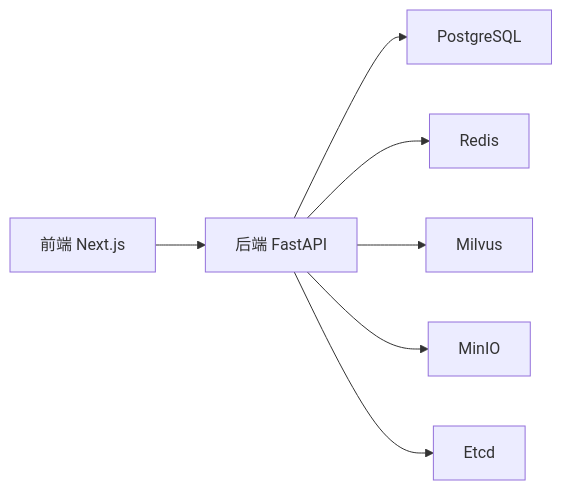
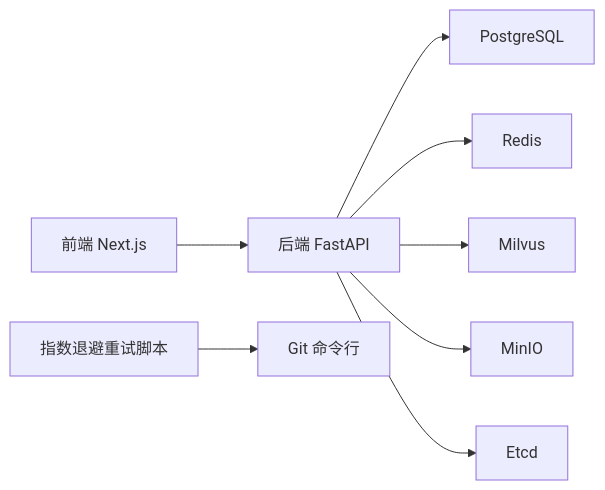
Before and after one commit to ghbbn053-ship-itsoulddog/soulddog: the third of 3 diagrams in .qoder/repowiki/zh/content/开发指南/版本控制.md, drawn with Mermaid. The commit also changed other lines of this file and 11 other files, not shown here.

````diff
--- a/.qoder/repowiki/zh/content/开发指南/版本控制.md
+++ b/.qoder/repowiki/zh/content/开发指南/版本控制.md
@@ -204,9 +250,10 @@
 ```mermaid
 graph LR
 FE["前端 Next.js"] --> API["后端 FastAPI"]
 API --> PG["PostgreSQL"]
 API --> RD["Redis"]
 API --> MV["Milvus"]
 API --> MC["MinIO"]
 API --> ET["Etcd"]
+RETRY["指数退避重试脚本"] --> GIT["Git 命令行"]
 ```
````
